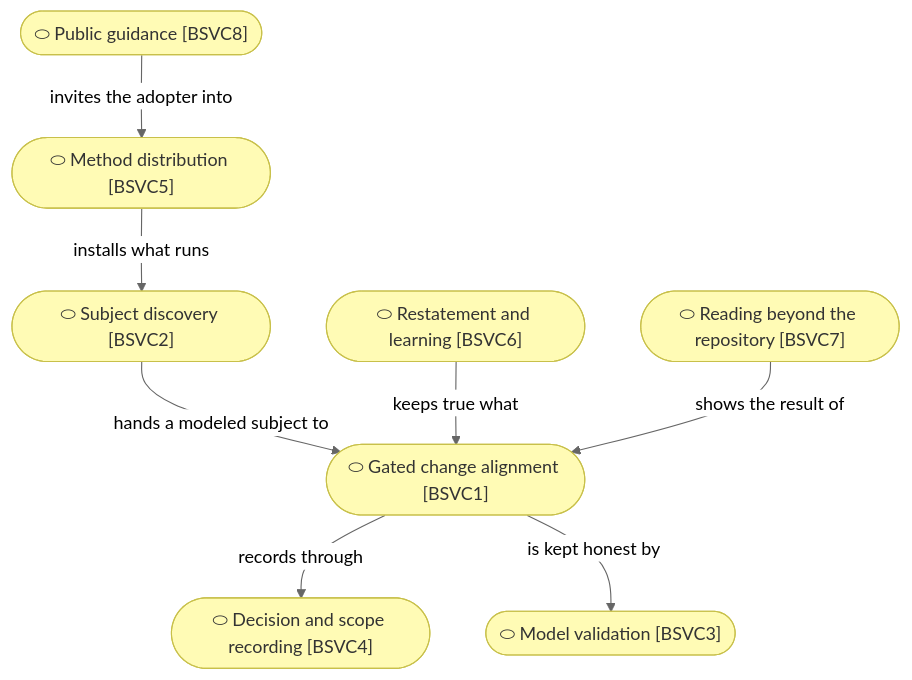
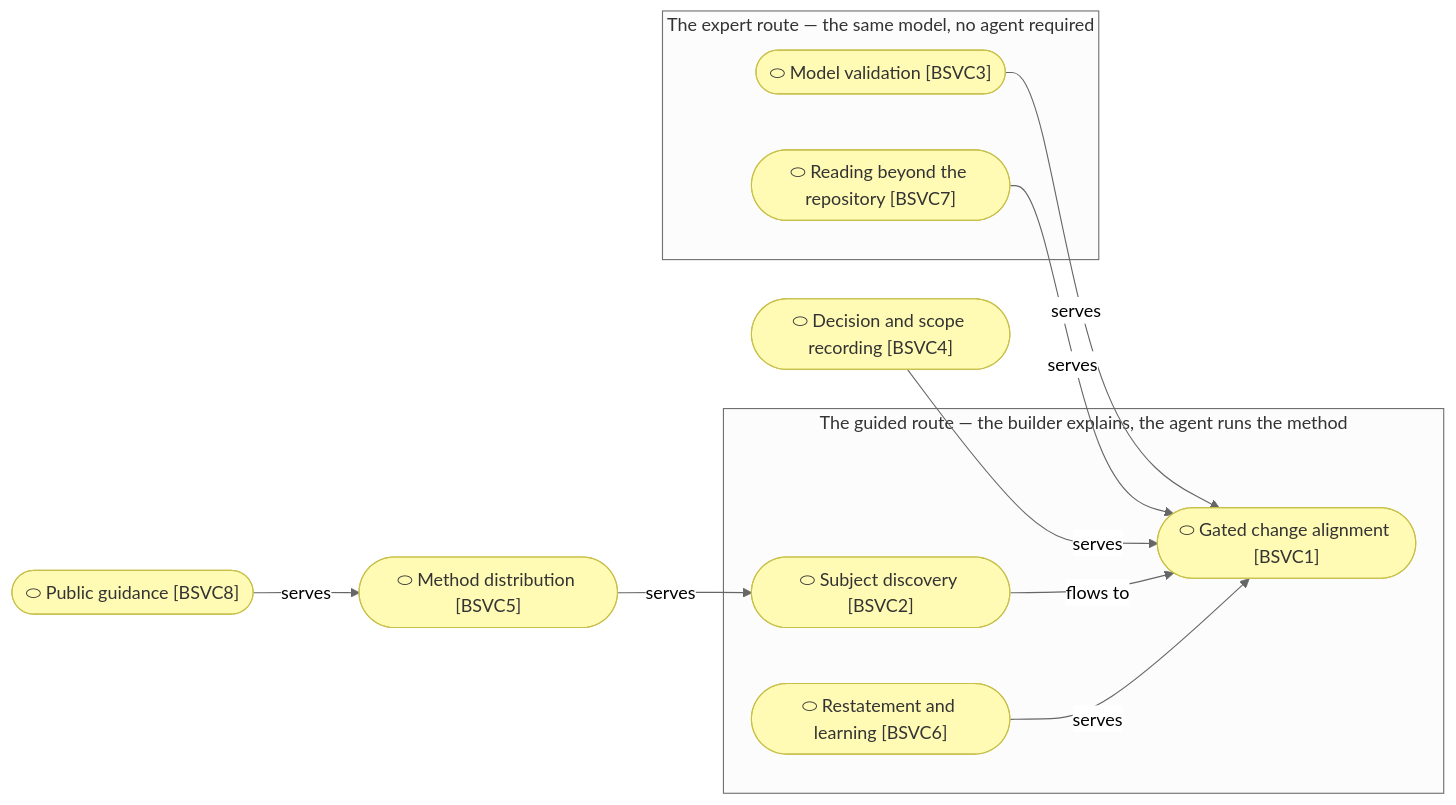
Before and after one commit to roanboc/architecture-archreator: the second of 2 diagrams in product-archreator/architecture/2_business/1_business-services.md, drawn with Mermaid (neutral theme). The commit also changed other lines of this file and 17 other files, not shown here.

````diff
--- a/product-archreator/architecture/2_business/1_business-services.md
+++ b/product-archreator/architecture/2_business/1_business-services.md
@@ -21,21 +21,28 @@
 ```mermaid
-flowchart TB
-  b1(["⬭ Gated change alignment [BSVC1]"]):::business
-  b2(["⬭ Subject discovery [BSVC2]"]):::business
-  b3(["⬭ Model validation [BSVC3]"]):::business
+flowchart LR
+  b8(["⬭ Public guidance [BSVC8]"]):::business
+  b5(["⬭ Method distribution [BSVC5]"]):::business
+
+  subgraph guided["The guided route — the builder explains, the agent runs the method"]
+    b2(["⬭ Subject discovery [BSVC2]"]):::business
+    b1(["⬭ Gated change alignment [BSVC1]"]):::business
+    b6(["⬭ Restatement and learning [BSVC6]"]):::business
+  end
+
+  subgraph expert["The expert route — the same model, no agent required"]
+    b3(["⬭ Model validation [BSVC3]"]):::business
+    b7(["⬭ Reading beyond the repository [BSVC7]"]):::business
+  end
+
   b4(["⬭ Decision and scope recording [BSVC4]"]):::business
-  b5(["⬭ Method distribution [BSVC5]"]):::business
-  b6(["⬭ Restatement and learning [BSVC6]"]):::business
-  b7(["⬭ Reading beyond the repository [BSVC7]"]):::business
-  b8(["⬭ Public guidance [BSVC8]"]):::business
 
-  b8 -->|invites the adopter into| b5
-  b5 -->|installs what runs| b2
-  b2 -->|hands a modeled subject to| b1
-  b1 -->|records through| b4
-  b1 -->|is kept honest by| b3
-  b6 -->|keeps true what| b1
-  b7 -->|shows the result of| b1
+  b8 -->|serves| b5
+  b5 -->|serves| b2
+  b2 -->|flows to| b1
+  b4 -->|serves| b1
+  b6 -->|serves| b1
+  b3 -->|serves| b1
+  b7 -->|serves| b1
 
   classDef business fill:#fffbb5,stroke:#c8c04a,color:#333
 ```
````
